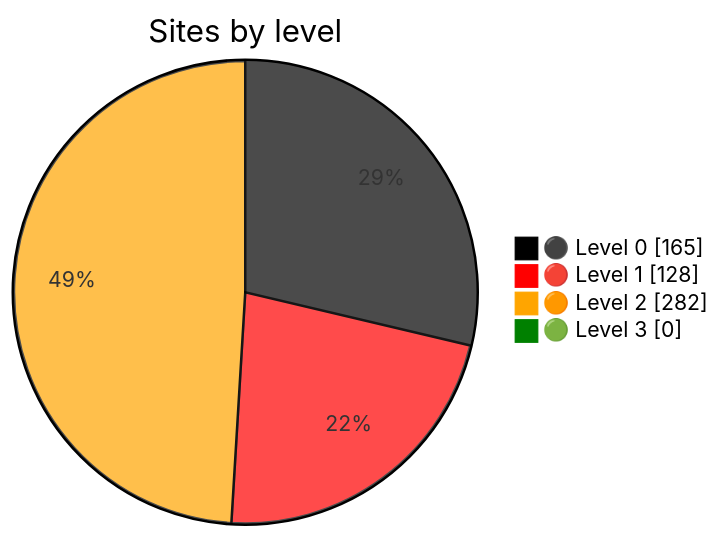
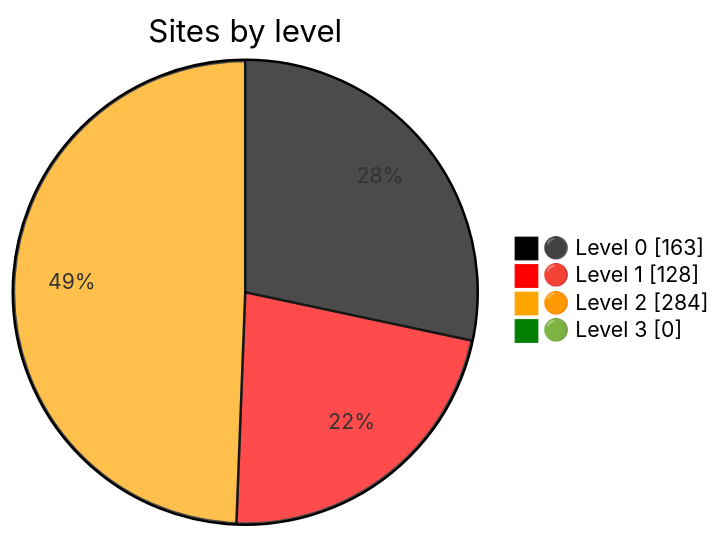
One commit to nuuuwan/gov_lk_web_auditor changed the diagram in README.md. Above: the diagram before and after it, drawn with Mermaid. The commit also changed other lines of this file and 2611 other files, not shown here.

````diff
--- a/README.md
+++ b/README.md
@@ -24,9 +24,9 @@
 ```mermaid
 %%{init: {"themeVariables":{"pie1":"black","pie2":"red","pie3":"orange","pie4":"green"}}}%%
 pie showData
     title Sites by level
-    "⚫ Level 0" : 165
+    "⚫ Level 0" : 163
     "🔴 Level 1" : 128
-    "🟠 Level 2" : 282
+    "🟠 Level 2" : 284
     "🟢 Level 3" : 0
 ```
````
